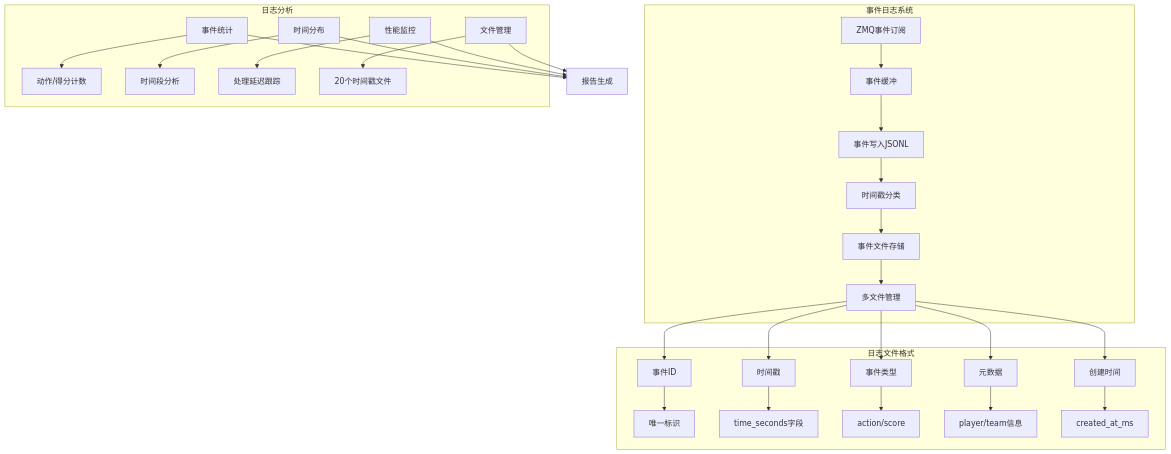
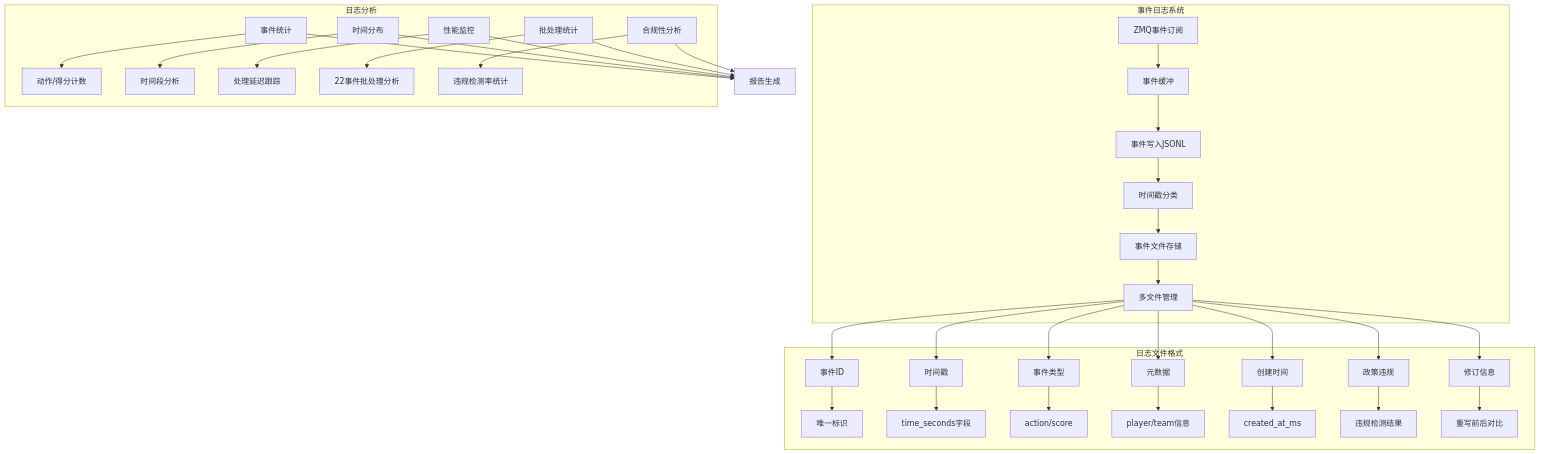
One commit to 1024dashen/Vue3Speech changed diagram 27 of 28 in .qoder/repowiki/zh/content/语音合成服务/实时TTS合成.md. Above: the diagram before and after it, drawn with Mermaid. The commit also changed other lines of this file and 13 other files, not shown here.

````diff
--- a/.qoder/repowiki/zh/content/语音合成服务/实时TTS合成.md
+++ b/.qoder/repowiki/zh/content/语音合成服务/实时TTS合成.md
@@ -1210,32 +1311,38 @@
 ```mermaid
 flowchart TD
 subgraph "事件日志系统"
 A[ZMQ事件订阅] --> B[事件缓冲]
 B --> C[事件写入JSONL]
 C --> D[时间戳分类]
 D --> E[事件文件存储]
 E --> F[多文件管理]
 end
 subgraph "日志文件格式"
 G[事件ID] --> G1[唯一标识]
 H[时间戳] --> H1[time_seconds字段]
 I[事件类型] --> I1[action/score]
 J[元数据] --> J1[player/team信息]
 K[创建时间] --> K1[created_at_ms]
+L[政策违规] --> L1[违规检测结果]
+M[修订信息] --> M1[重写前后对比]
 end
 subgraph "日志分析"
-L[事件统计] --> L1[动作/得分计数]
-M[时间分布] --> M1[时间段分析]
-N[性能监控] --> N1[处理延迟跟踪]
-O[文件管理] --> O1[20个时间戳文件]
+N[事件统计] --> N1[动作/得分计数]
+O[时间分布] --> O1[时间段分析]
+P[性能监控] --> P1[处理延迟跟踪]
+Q[批处理统计] --> Q1[22事件批处理分析]
+R[合规性分析] --> R1[违规检测率统计]
 end
 F --> G
 F --> H
 F --> I
 F --> J
 F --> K
-L --> P[报告生成]
-M --> P
-N --> P
-O --> P
+F --> L
+F --> M
+N --> S[报告生成]
+O --> S
+P --> S
+Q --> S
+R --> S
 ```
````
